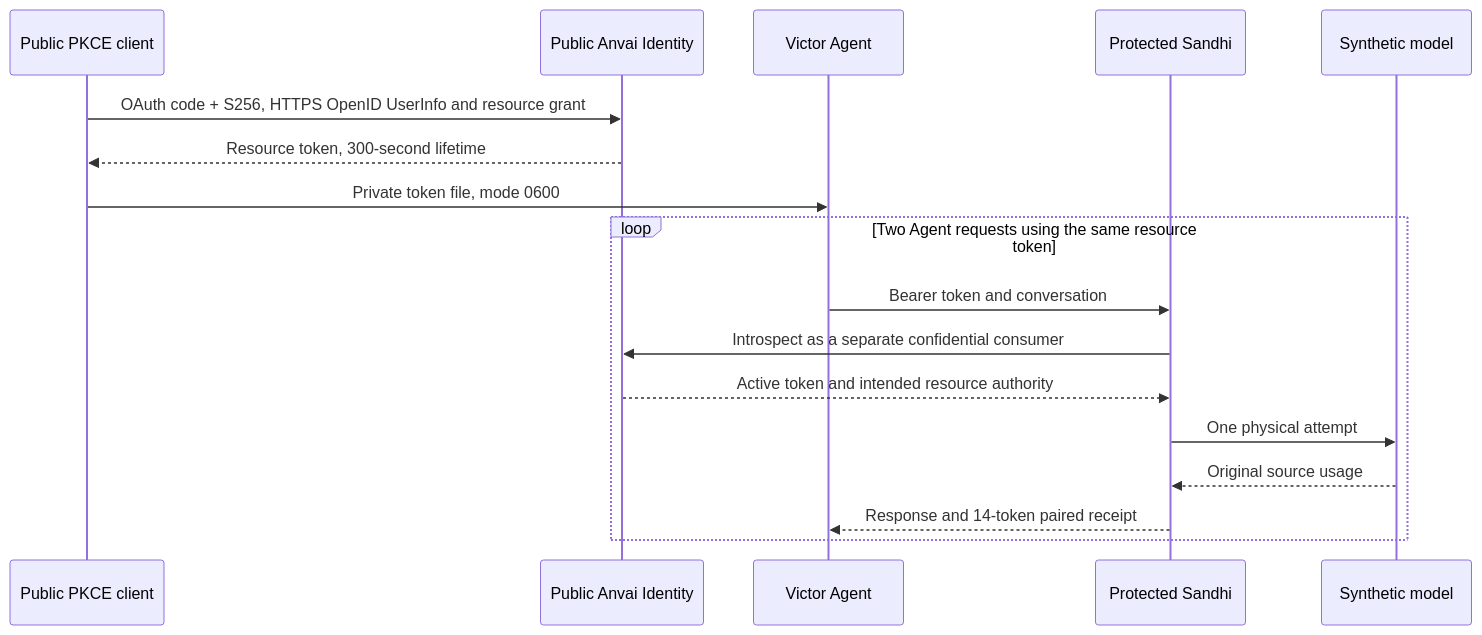
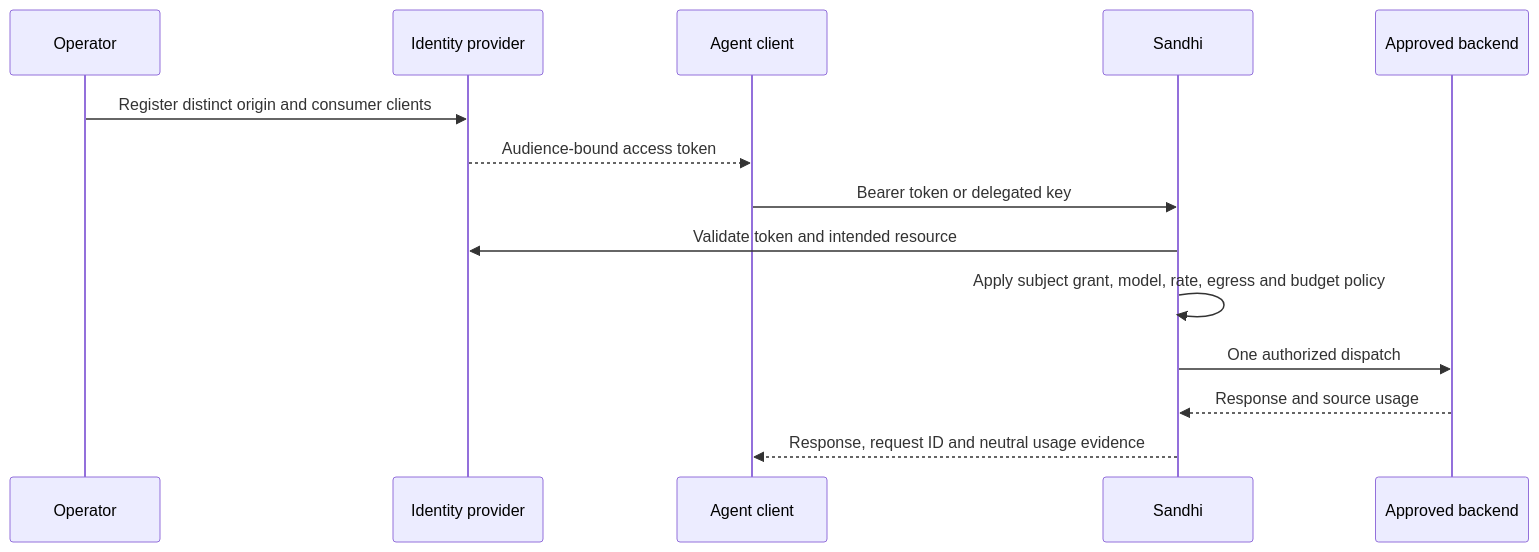
One commit to anvai-labs/sandhi changed the second of 2 diagrams in docs/operator/oidc-sso.md. Above: the diagram before and after it, drawn with Mermaid. The commit also changed other lines of this file and 8 other files, not shown here.

````diff
--- a/docs/operator/oidc-sso.md
+++ b/docs/operator/oidc-sso.md
@@ -117,19 +113,16 @@
 ```mermaid
 sequenceDiagram
-    participant P as Public PKCE client
-    participant I as Public Anvai Identity
-    participant V as Victor Agent
-    participant S as Protected Sandhi
-    participant M as Synthetic model
-    P->>I: OAuth code + S256, HTTPS OpenID UserInfo and resource grant
-    I-->>P: Resource token, 300-second lifetime
-    P->>V: Private token file, mode 0600
-    loop Two Agent requests using the same resource token
-        V->>S: Bearer token and conversation
-        S->>I: Introspect as a separate confidential consumer
-        I-->>S: Active token and intended resource authority
-        S->>M: One physical attempt
-        M-->>S: Original source usage
-        S-->>V: Response and 14-token paired receipt
-    end
+    participant O as Operator
+    participant I as Identity provider
+    participant C as Agent client
+    participant S as Sandhi
+    participant P as Approved backend
+    O->>I: Register distinct origin and consumer clients
+    I-->>C: Audience-bound access token
+    C->>S: Bearer token or delegated key
+    S->>I: Validate token and intended resource
+    S->>S: Apply subject grant, model, rate, egress and budget policy
+    S->>P: One authorized dispatch
+    P-->>S: Response and source usage
+    S-->>C: Response, request ID and neutral usage evidence
 ```
````
